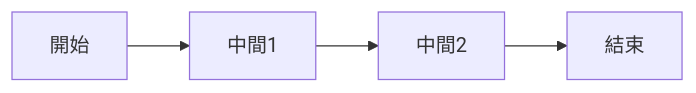
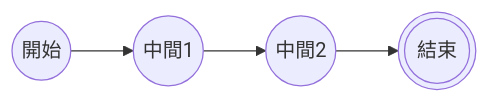
One commit to kuku0508/kuku_note_ver_2 changed the second of 2 diagrams in 知識/程式語言/Mermaid/語法/流程圖/連結目錄/多重連結.md. Above: the diagram before and after it, drawn with Mermaid. The commit also changed other lines of this file and 1 other file, not shown here.

Commit message:
vault backup: 2025-04-25 14:15:17

````diff
--- a/知識/程式語言/Mermaid/語法/流程圖/連結目錄/多重連結.md
+++ b/知識/程式語言/Mermaid/語法/流程圖/連結目錄/多重連結.md
@@ -13,8 +13,8 @@
 ```mermaid
 flowchart LR
-A@{ shape:circle , label: "開始"}
-B@{ shape:circle , label: "中間1"}
-C@{ shape:circle , label: "中間2"}
-D@{ shape:dbl-circ , label: "結束"}
+A@{ shape: circle , label: "開始"}
+B@{ shape: circle , label: "中間1"}
+C@{ shape: circle , label: "中間2"}
+D@{ shape: dbl-circ , label: "結束"}
 A --> B --> C --> D
 ```
````
